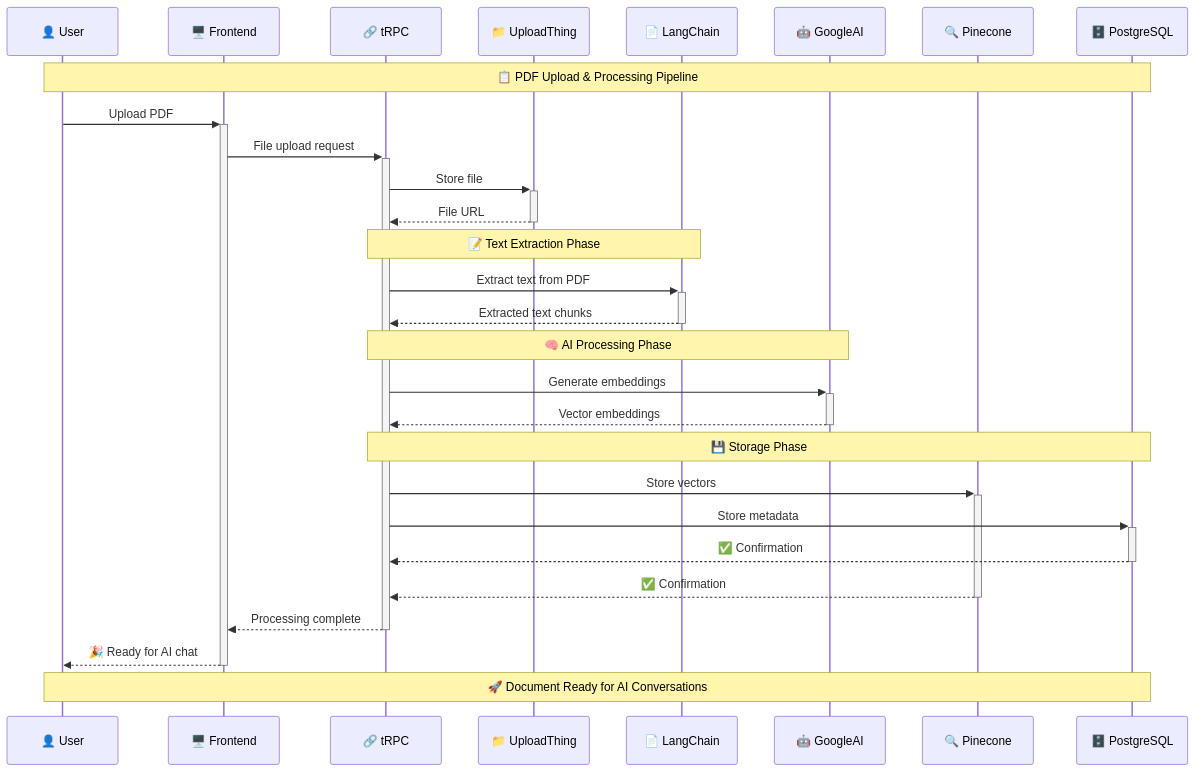
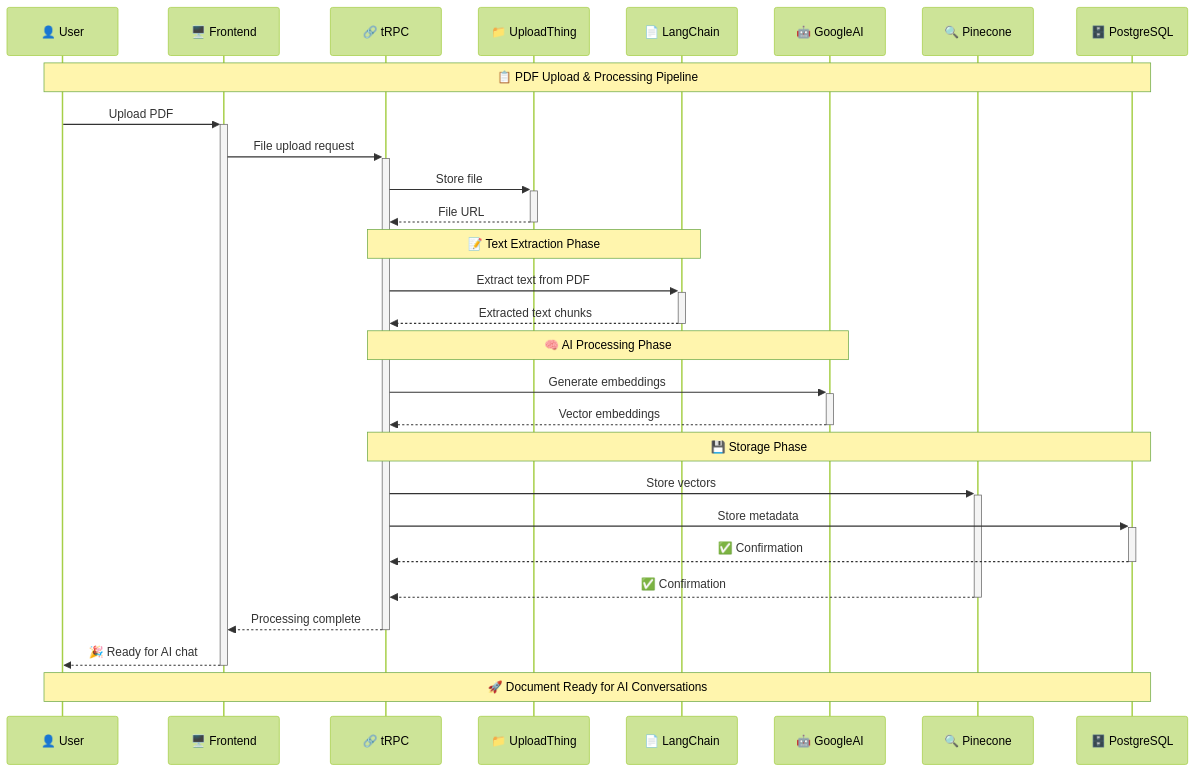
One commit to pra9711/lexinote changed the second of 2 diagrams in README.md. Above: the diagram before and after it, drawn with Mermaid. The commit also changed other lines of this file, not shown here.

````diff
--- a/README.md
+++ b/README.md
@@ -324,37 +324,41 @@
 ```mermaid
+---
+config:
+  theme: forest
+---
 sequenceDiagram
     participant U as 👤 User
     participant F as 🖥️ Frontend
     participant T as 🔗 tRPC
     participant UT as 📁 UploadThing
     participant LC as 📄 LangChain
     participant GA as 🤖 GoogleAI
     participant PC as 🔍 Pinecone
     participant PG as 🗄️ PostgreSQL
 
     Note over U,PG: 📋 PDF Upload & Processing Pipeline
 
     U->>+F: Upload PDF
     F->>+T: File upload request
     T->>+UT: Store file
     UT-->>-T: File URL
 
     Note over T,LC: 📝 Text Extraction Phase
     T->>+LC: Extract text from PDF
     LC-->>-T: Extracted text chunks
 
     Note over T,GA: 🧠 AI Processing Phase
     T->>+GA: Generate embeddings
     GA-->>-T: Vector embeddings
 
     Note over T,PG: 💾 Storage Phase
     T->>+PC: Store vectors
     T->>+PG: Store metadata
 
     PG-->>-T: ✅ Confirmation
     PC-->>-T: ✅ Confirmation
     T-->>-F: Processing complete
     F-->>-U: 🎉 Ready for AI chat
 
     Note over U,PG: 🚀 Document Ready for AI Conversations
 ```
````
